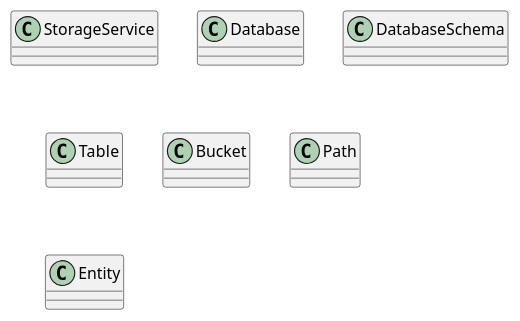
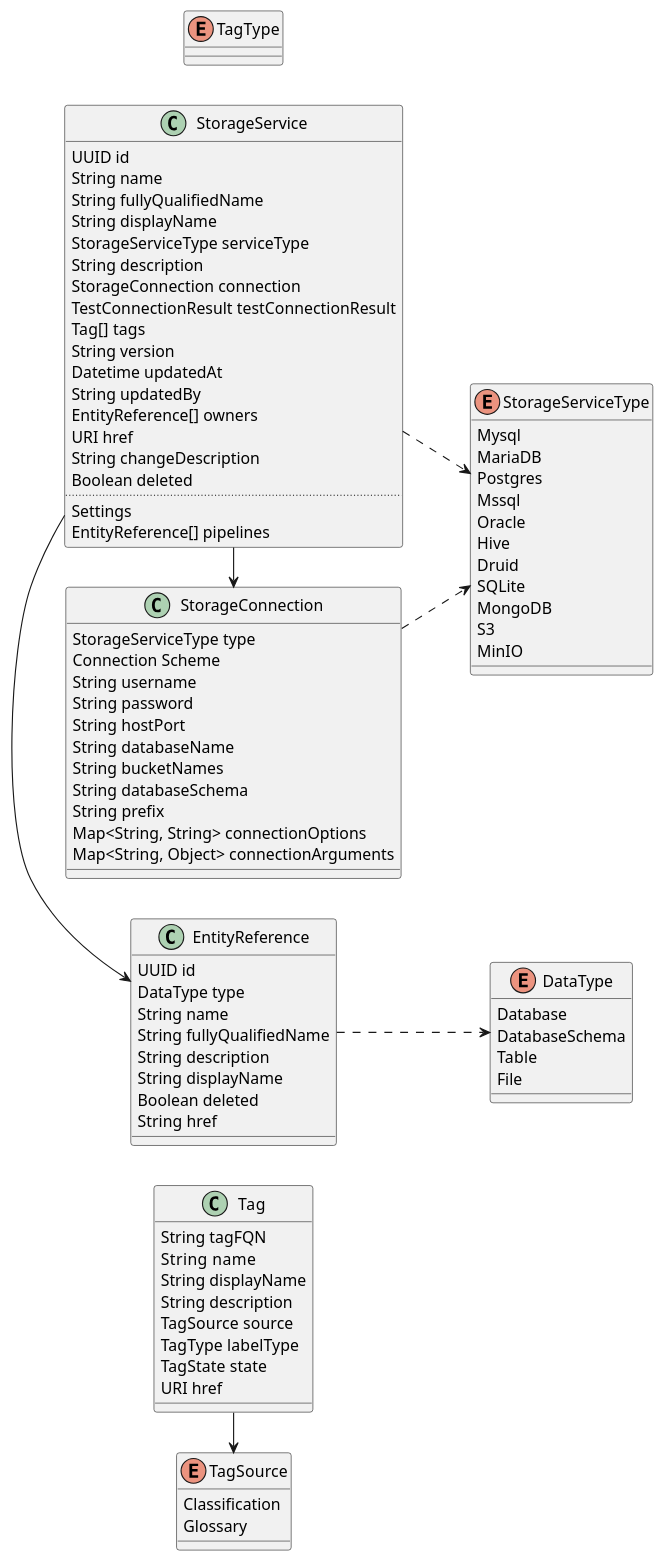
Before and after one commit to DataFabricTech/DataFabricPlatform: the fourth of 4 diagrams in docs/arch/virtualization-storage.md, drawn with PlantUML. The commit also changed other lines of this file and 1 other file, not shown here.

Commit message:
문서 작성 방법 업데이트, 저장소 가상화 문서 업데이트

````diff
--- a/docs/arch/virtualization-storage.md
+++ b/docs/arch/virtualization-storage.md
@@ -339,5 +313,7 @@
 ```plantuml
 @startuml
+left to right direction
+
 ' abstract        abstract
 ' abstract class  "abstract class"
 ' annotation      annotation
@@ -356,13 +332,105 @@
 ' stereotype      stereotype
 ' struct          struct
 
-class           StorageService
-class           Database
-class           DatabaseSchema
-class           Table
-class           Bucket
-class           Path
-class           Entity
+
+enum DataType {
+  Database
+  DatabaseSchema
+  Table
+  File
+}
+
+class EntityReference {
+  UUID id
+  DataType type
+  String name
+  String fullyQualifiedName
+  String description
+  String displayName
+  Boolean deleted
+  ' Boolean inherited
+  String href
+}
+
+
+enum StorageServiceType {
+  Mysql
+  MariaDB
+  Postgres
+  Mssql
+  Oracle
+  Hive
+  Druid
+  SQLite
+  MongoDB
+  S3
+  MinIO
+}
+
+class StorageConnection {
+  StorageServiceType type
+  Connection Scheme
+  String username
+  String password
+  String hostPort
+  String databaseName
+  String bucketNames
+  String databaseSchema
+  String prefix
+  Map<String, String> connectionOptions
+  Map<String, Object> connectionArguments
+}
+
+StorageConnection ..> StorageServiceType
+
+enum TagSource {
+  Classification
+  Glossary
+}
+
+enum TagType {
+  
+}
+
+class Tag {
+  String tagFQN
+  String  name
+  String displayName
+  String description
+  TagSource source
+  TagType labelType
+  TagState state
+  URI href
+}
+
+Tag -> TagSource
+
+class  StorageService {
+  UUID id
+  String name
+  String fullyQualifiedName
+  String displayName
+  StorageServiceType serviceType
+  String description
+  StorageConnection connection
+  TestConnectionResult testConnectionResult
+  Tag[] tags
+  String version
+  Datetime updatedAt
+  String updatedBy
+  EntityReference[] owners
+  URI href
+  String changeDescription
+  Boolean deleted
+  ..
+  Settings 
+  EntityReference[] pipelines
+}
+
+EntityReference ..> DataType
+StorageService -> EntityReference
+StorageService ..> StorageServiceType
+StorageService -> StorageConnection
 
 @enduml
 ```
````
